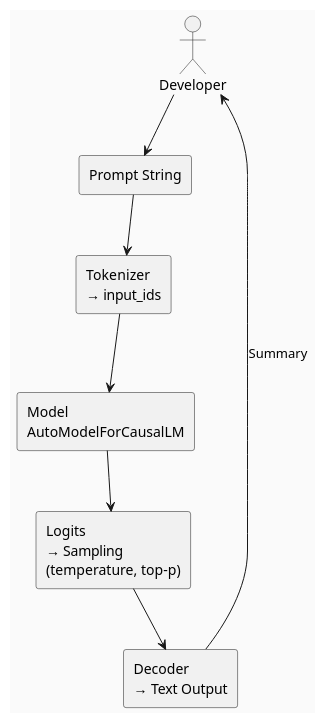
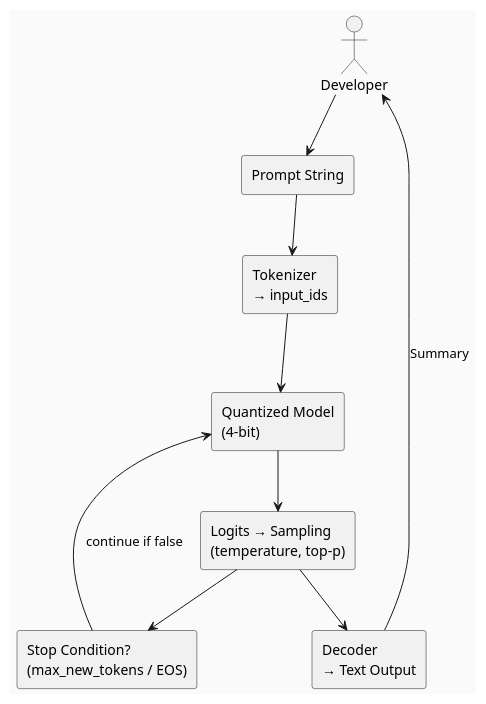
Before and after one commit to InquiryInstitute/AIPA: the second of 2 diagrams in aipa/llm-elevated/ch06-lecture-03.adoc, drawn with PlantUML. The commit also changed other lines of this file and 128 other files, not shown here.

```diff
--- a/aipa/llm-elevated/ch06-lecture-03.adoc
+++ b/aipa/llm-elevated/ch06-lecture-03.adoc
@@ -90,19 +119,22 @@
-[plantuml, format=svg, title="Inference Data Flow"]
+[plantuml, format=svg, title="Figure 2: Inference Data Flow with Quantization and Sampling Loop"]
 ----
 @startuml
 skinparam backgroundColor #FAFAFA
 actor Developer
 rectangle "Prompt String" as Prompt
 rectangle "Tokenizer\n→ input_ids" as Tok
-rectangle "Model\nAutoModelForCausalLM" as Model
-rectangle "Logits\n→ Sampling\n(temperature, top‑p)" as Sampler
+rectangle "Quantized Model\n(4‑bit)" as Model
+rectangle "Logits → Sampling\n(temperature, top‑p)" as Sampler
 rectangle "Decoder\n→ Text Output" as Decoder
+rectangle "Stop Condition?\n(max_new_tokens / EOS)" as Stop
 
 Developer --> Prompt
 Prompt --> Tok
 Tok --> Model
 Model --> Sampler
 Sampler --> Decoder
 Decoder --> Developer : Summary
+Sampler --> Stop
+Stop --> Model : continue if false
 @enduml
 ----
```
